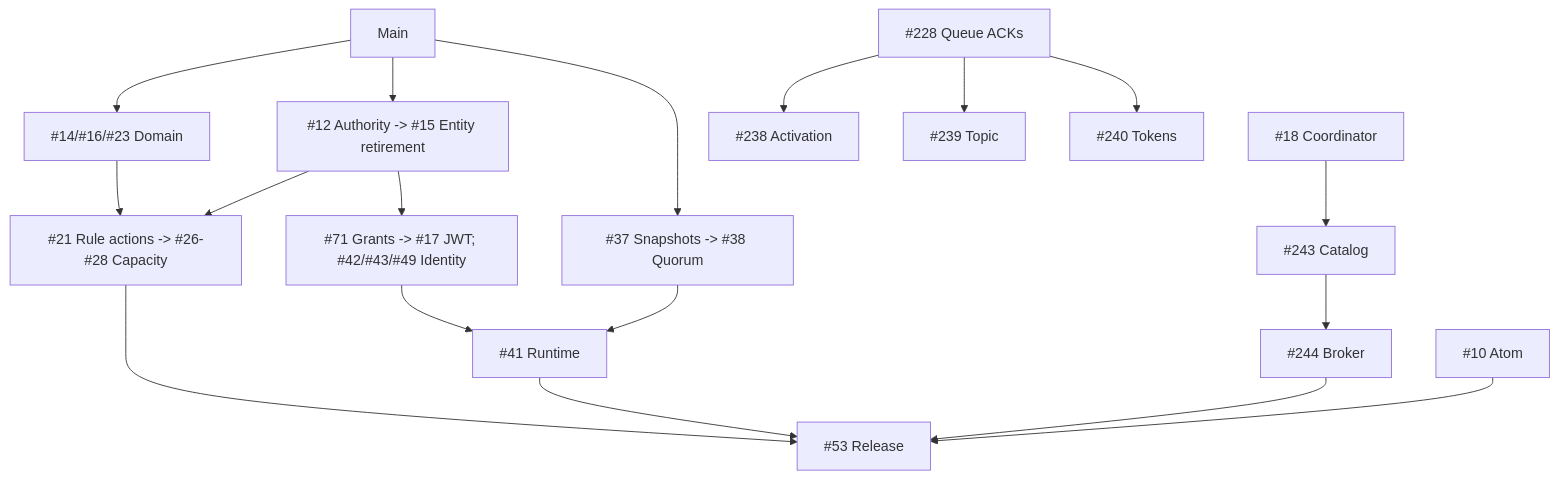
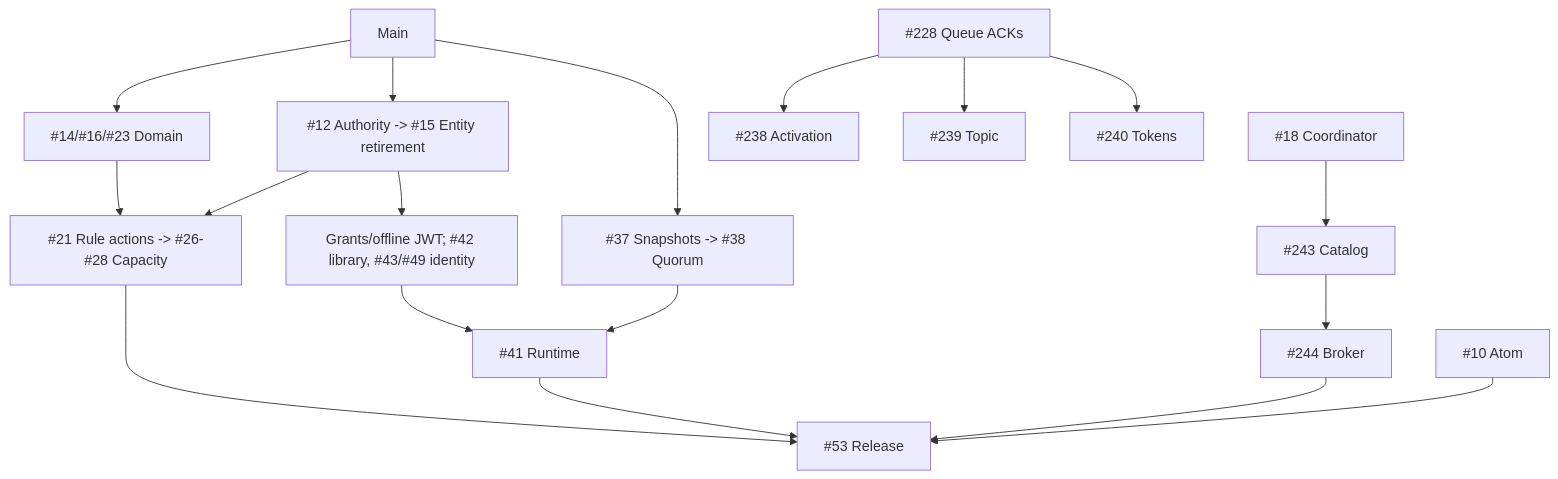
One commit to DeandreT/switchyard changed the first of 2 diagrams in docs/roadmap.md. Above: the diagram before and after it, drawn with Mermaid. The commit also changed other lines of this file and 1 other file, not shown here.

First line of the commit message:
docs: reconcile the delivered runtime overview (#384)

````diff
--- a/docs/roadmap.md
+++ b/docs/roadmap.md
@@ -31,12 +39,12 @@
 ```mermaid
 flowchart TD
     Main["Main"] --> Lifecycle["#12 Authority -> #15 Entity retirement"] --> Semantics["#21 Rule actions -> #26-#28 Capacity"]
     Main --> Domain["#14/#16/#23 Domain"] --> Semantics
     Main --> Recovery["#37 Snapshots -> #38 Quorum"] --> Runtime["#41 Runtime"]
-    Lifecycle --> Security["#71 Grants -> #17 JWT; #42/#43/#49 Identity"] --> Runtime
+    Lifecycle --> Security["Grants/offline JWT; #42 library, #43/#49 identity"] --> Runtime
     Atom["#10 Atom"] --> Gates["#53 Release"]
     Admin["#18 Coordinator"] --> Catalog["#243 Catalog"] --> Broker["#244 Broker"] --> Gates
     Allocation["#228 Queue ACKs"] --> Activation["#238 Activation"]
     Allocation --> Topic["#239 Topic"]; Allocation --> Tokens["#240 Tokens"]
     Runtime --> Gates; Semantics --> Gates
 ```
````
